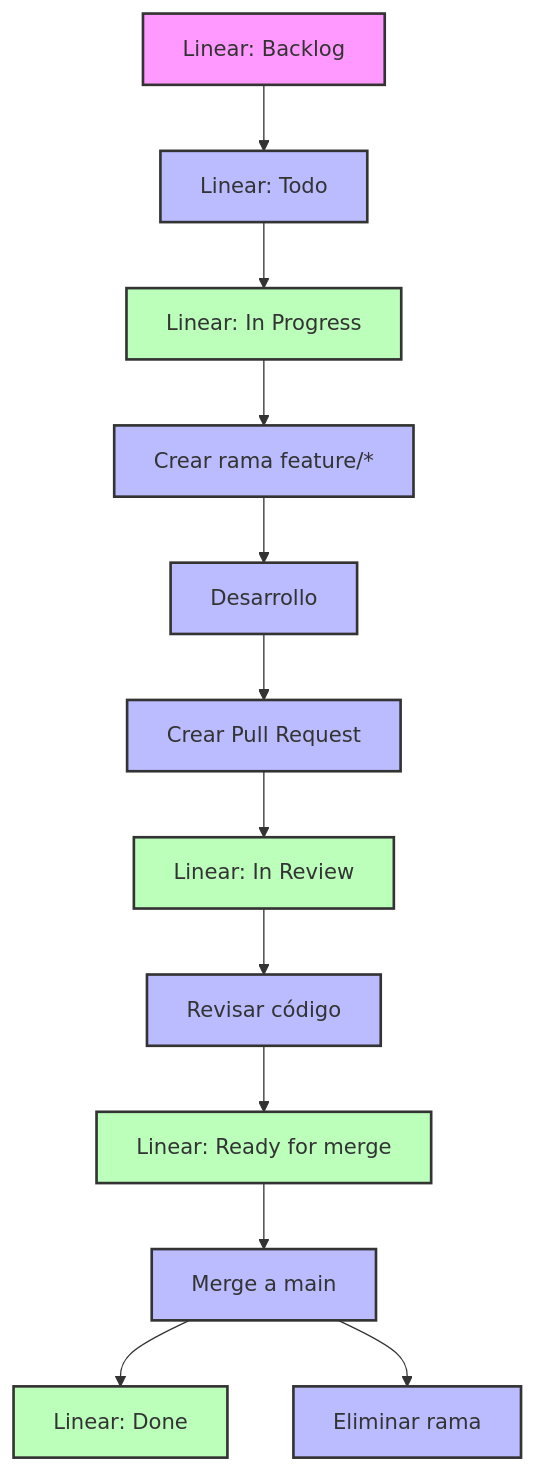
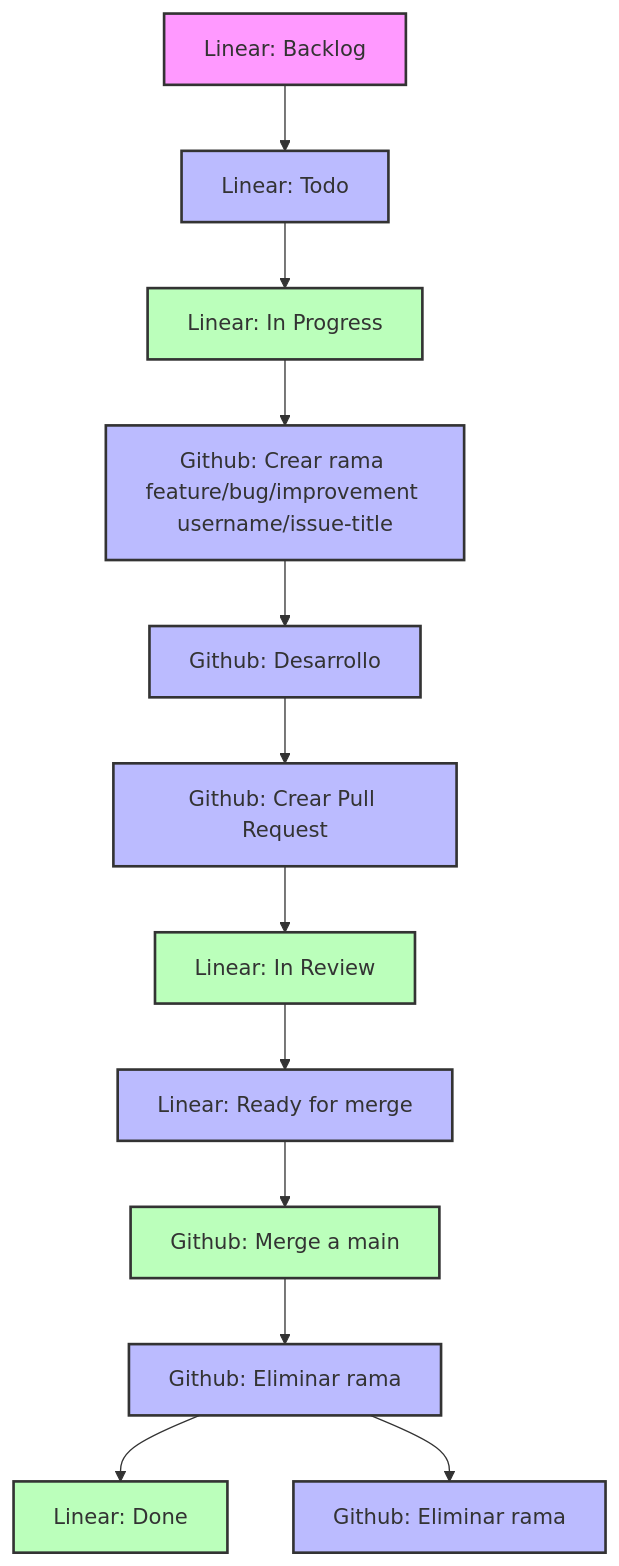
The diagram in README.md (Hatt3rPi/fabrica_deCuentos), drawn with Mermaid before and after one commit.

Commit message:
README fix

````diff
--- a/README.md
+++ b/README.md
@@ -152,27 +152,27 @@
 ```mermaid
 graph TD
     A[Linear: Backlog] --> B[Linear: Todo]
     B --> C[Linear: In Progress]
-    C --> D[Crear rama feature/*]
-    D --> E[Desarrollo]
-    E --> F[Crear Pull Request]
+    C --> D[Github: Crear rama feature/bug/improvement username/issue-title]
+    D --> E[Github: Desarrollo]
+    E --> F[Github: Crear Pull Request]
     F --> G[Linear: In Review]
-    G --> H[Revisar código]
-    H --> I[Linear: Ready for merge]
-    I --> J[Merge a main]
+    G --> H[Linear: Ready for merge]
+    H --> I[Github: Merge a main]
+    I --> J[Github: Eliminar rama]
     J --> K[Linear: Done]
-    J --> L[Eliminar rama]
+    J --> L[Github: Eliminar rama]
     
     style A fill:#f9f,stroke:#333,stroke-width:2px
     style B fill:#bbf,stroke:#333,stroke-width:2px
     style C fill:#bfb,stroke:#333,stroke-width:2px
     style D fill:#bbf,stroke:#333,stroke-width:2px
     style E fill:#bbf,stroke:#333,stroke-width:2px
     style F fill:#bbf,stroke:#333,stroke-width:2px
     style G fill:#bfb,stroke:#333,stroke-width:2px
     style H fill:#bbf,stroke:#333,stroke-width:2px
     style I fill:#bfb,stroke:#333,stroke-width:2px
     style J fill:#bbf,stroke:#333,stroke-width:2px
     style K fill:#bfb,stroke:#333,stroke-width:2px
     style L fill:#bbf,stroke:#333,stroke-width:2px
 ```
````
